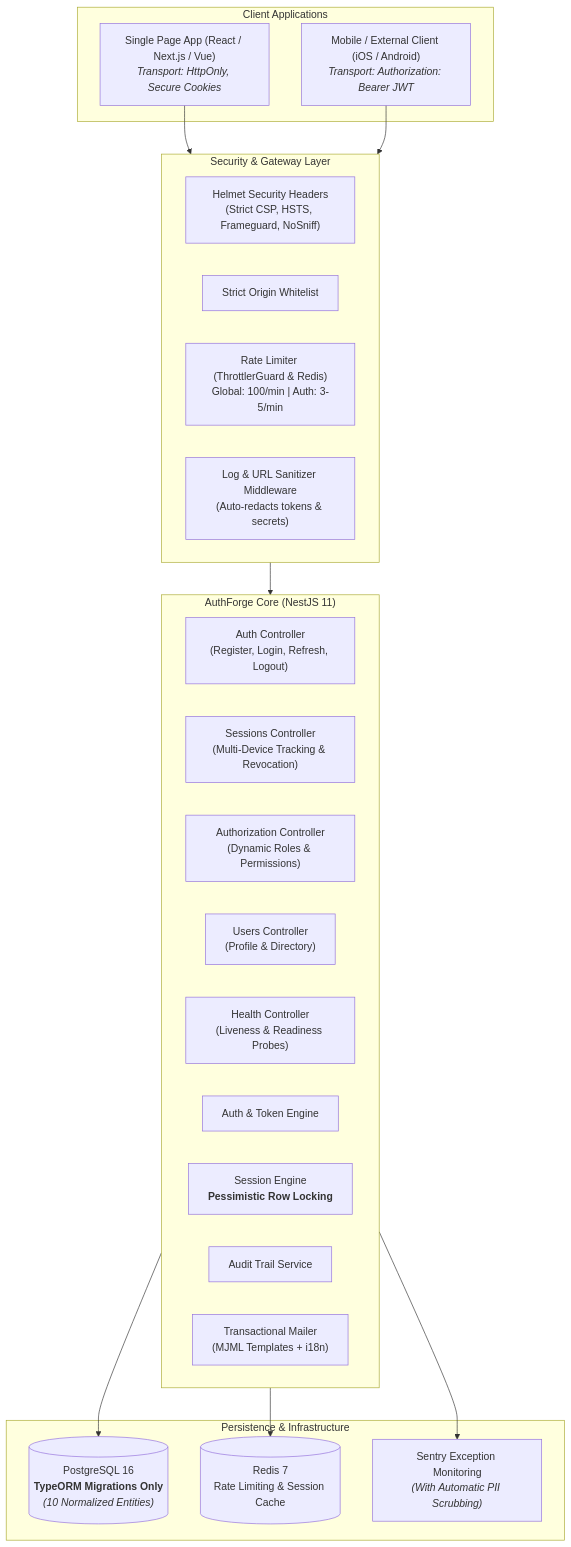
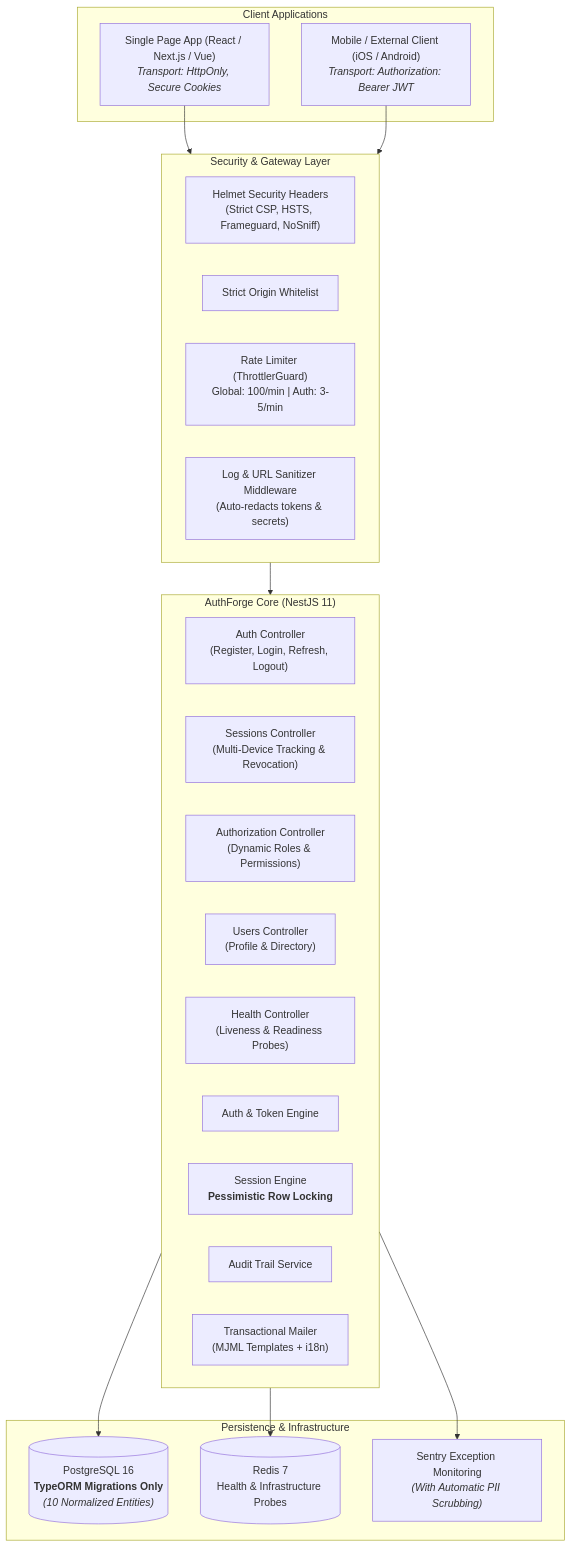
One commit to dhruvchaudhari1606/AuthForge changed the first of 3 diagrams in README.md. Above: the diagram before and after it, drawn with Mermaid. The commit also changed other lines of this file and 29 other files, not shown here.

````diff
--- a/README.md
+++ b/README.md
@@ -47,40 +47,40 @@
 ```mermaid
 flowchart TD
     subgraph Clients["Client Applications"]
         SPA["Single Page App (React / Next.js / Vue)<br/><i>Transport: HttpOnly, Secure Cookies</i>"]
         Mobile["Mobile / External Client (iOS / Android)<br/><i>Transport: Authorization: Bearer JWT</i>"]
     end
 
     subgraph Edge["Security & Gateway Layer"]
         Helmet["Helmet Security Headers<br/>(Strict CSP, HSTS, Frameguard, NoSniff)"]
         CORS["Strict Origin Whitelist"]
-        RateLimit["Rate Limiter (ThrottlerGuard & Redis)<br/>Global: 100/min | Auth: 3-5/min"]
+        RateLimit["Rate Limiter (ThrottlerGuard)<br/>Global: 100/min | Auth: 3-5/min"]
         Sanitize["Log & URL Sanitizer Middleware<br/>(Auto-redacts tokens & secrets)"]
     end
 
     subgraph Application["AuthForge Core (NestJS 11)"]
         AuthController["Auth Controller<br/>(Register, Login, Refresh, Logout)"]
         SessionController["Sessions Controller<br/>(Multi-Device Tracking & Revocation)"]
         AuthzController["Authorization Controller<br/>(Dynamic Roles & Permissions)"]
         UserController["Users Controller<br/>(Profile & Directory)"]
         HealthController["Health Controller<br/>(Liveness & Readiness Probes)"]
 
         AuthService["Auth & Token Engine"]
         SessionEngine["Session Engine<br/><b>Pessimistic Row Locking</b>"]
         AuditEngine["Audit Trail Service"]
         MailEngine["Transactional Mailer<br/>(MJML Templates + i18n)"]
     end
 
     subgraph Data["Persistence & Infrastructure"]
         Postgres[("PostgreSQL 16<br/><b>TypeORM Migrations Only</b><br/><i>(10 Normalized Entities)</i>")]
-        RedisStore[("Redis 7<br/>Rate Limiting & Session Cache")]
+        RedisStore[("Redis 7<br/>Health & Infrastructure Probes")]
         SentryMonitoring["Sentry Exception Monitoring<br/><i>(With Automatic PII Scrubbing)</i>"]
     end
 
     SPA --> Edge
     Mobile --> Edge
     Edge --> Application
     Application --> Postgres
     Application --> RedisStore
     Application --> SentryMonitoring
 ```
````
